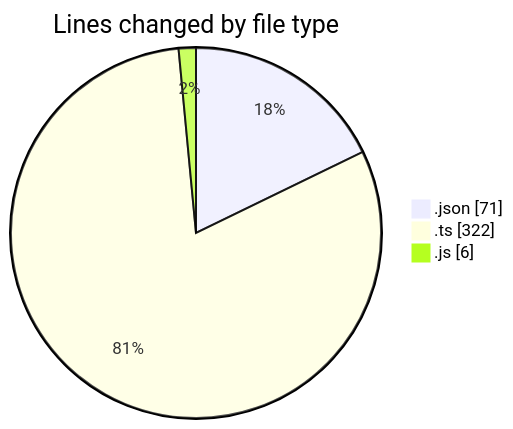
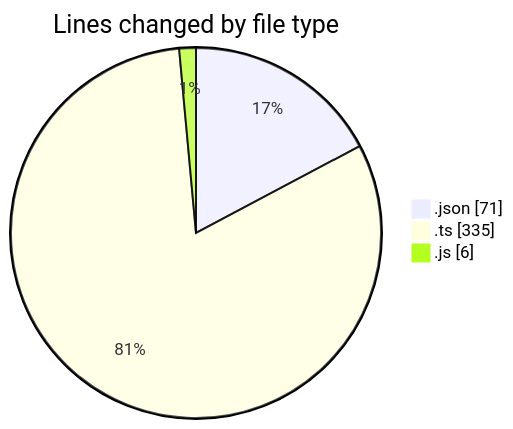
Before and after one commit to momahboobian/code-tracking: the first of 2 diagrams in 2025-02-06/cda/README.md, drawn with Mermaid. The commit also changed other lines of this file and 1 other file, not shown here.

````diff
--- a/2025-02-06/cda/README.md
+++ b/2025-02-06/cda/README.md
@@ -25,7 +25,7 @@
 ```mermaid
 pie showData
 title Lines changed by file type
 ".json" : 71
-".ts" : 322
+".ts" : 335
 ".js" : 6
 ```
````
